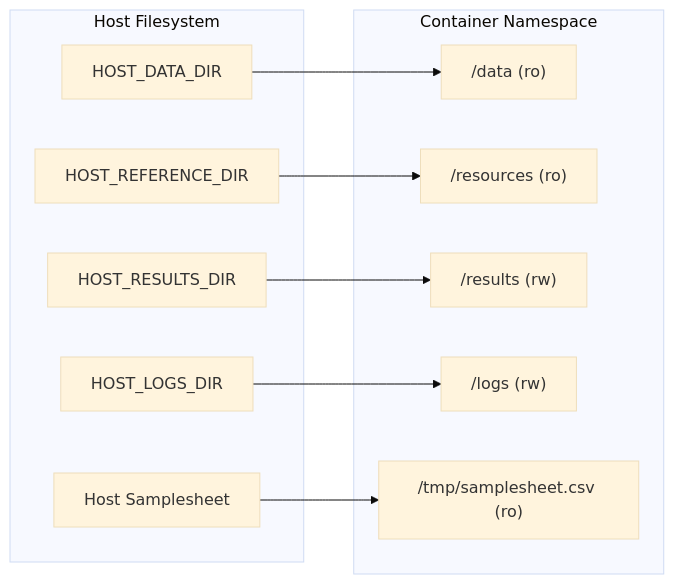
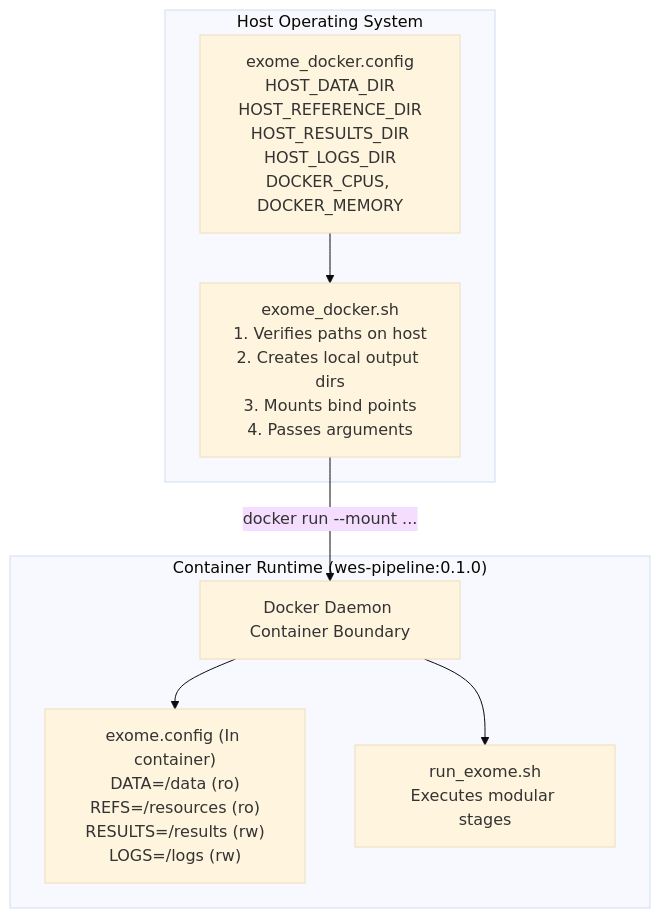
One commit to sushi-cpu/exome-pipeline changed the third of 3 diagrams in ARCHITECTURE.md. Above: the diagram before and after it, drawn with Mermaid (base theme). The commit also changed other lines of this file and 1 other file, not shown here.

Commit message:
docs: expand README and ARCHITECTURE with in-depth technical specifications and diagrams

````diff
--- a/ARCHITECTURE.md
+++ b/ARCHITECTURE.md
@@ -65,22 +164,18 @@
 ```mermaid
-flowchart LR
-    subgraph Host["Host Filesystem"]
-        H_DATA["HOST_DATA_DIR"]
-        H_REF["HOST_REFERENCE_DIR"]
-        H_RES["HOST_RESULTS_DIR"]
-        H_LOGS["HOST_LOGS_DIR"]
-        H_SHEET["Host Samplesheet"]
+flowchart TD
+    subgraph HostSystem["Host Operating System"]
+        CONF["exome_docker.config<br/>HOST_DATA_DIR<br/>HOST_REFERENCE_DIR<br/>HOST_RESULTS_DIR<br/>HOST_LOGS_DIR<br/>DOCKER_CPUS, DOCKER_MEMORY"]
+        WRAPPER["exome_docker.sh<br/>1. Verifies paths on host<br/>2. Creates local output dirs<br/>3. Mounts bind points<br/>4. Passes arguments"]
+        CONF --> WRAPPER
     end
-    subgraph Container["Container Namespace"]
-        C_DATA["/data (ro)"]
-        C_REF["/resources (ro)"]
-        C_RES["/results (rw)"]
-        C_LOGS["/logs (rw)"]
-        C_SHEET["/tmp/samplesheet.csv (ro)"]
+
+    subgraph ContainerRuntime["Container Runtime (wes-pipeline:0.1.0)"]
+        CONTAINER["Docker Daemon Container Boundary"]
+        APP_CONF["exome.config (In container)<br/>DATA=/data (ro)<br/>REFS=/resources (ro)<br/>RESULTS=/results (rw)<br/>LOGS=/logs (rw)"]
+        RUNNER["run_exome.sh<br/>Executes modular stages"]
+        CONTAINER --> APP_CONF
+        CONTAINER --> RUNNER
     end
-    H_DATA --> C_DATA
-    H_REF --> C_REF
-    H_RES --> C_RES
-    H_LOGS --> C_LOGS
-    H_SHEET --> C_SHEET
+
+    WRAPPER -->|docker run --mount ...| CONTAINER
 ```
````
